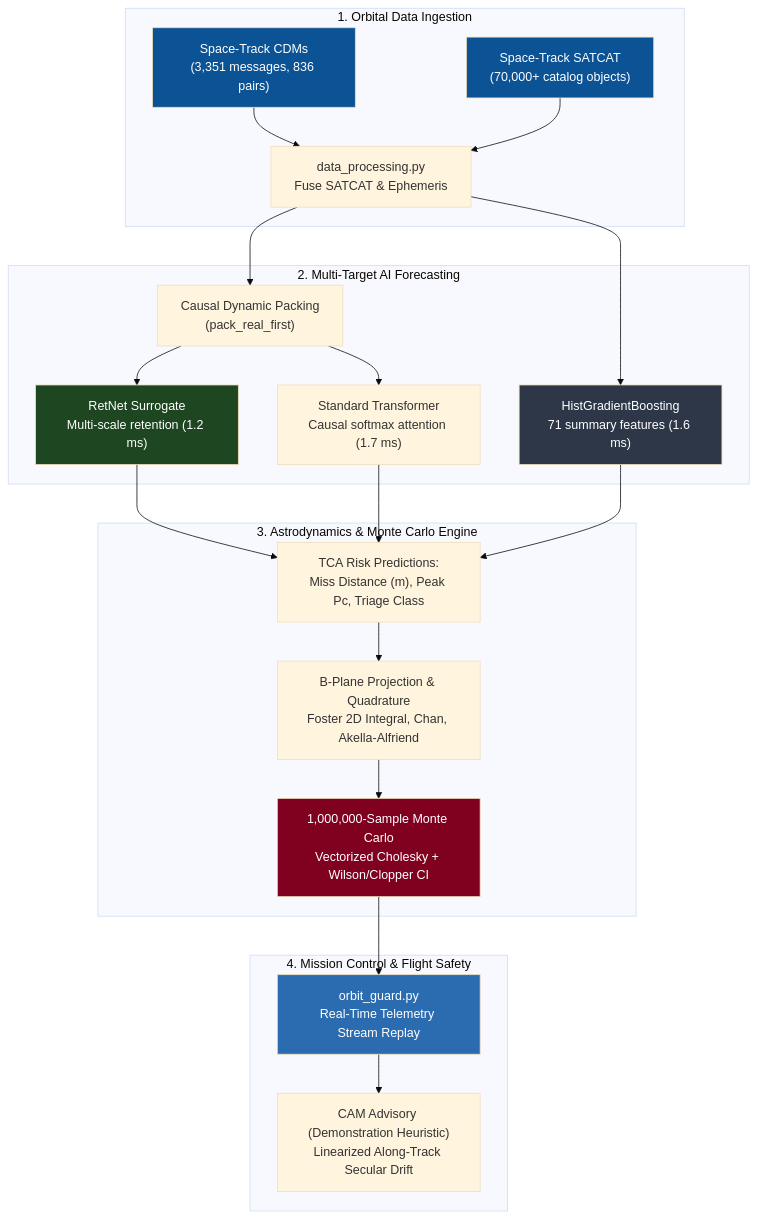
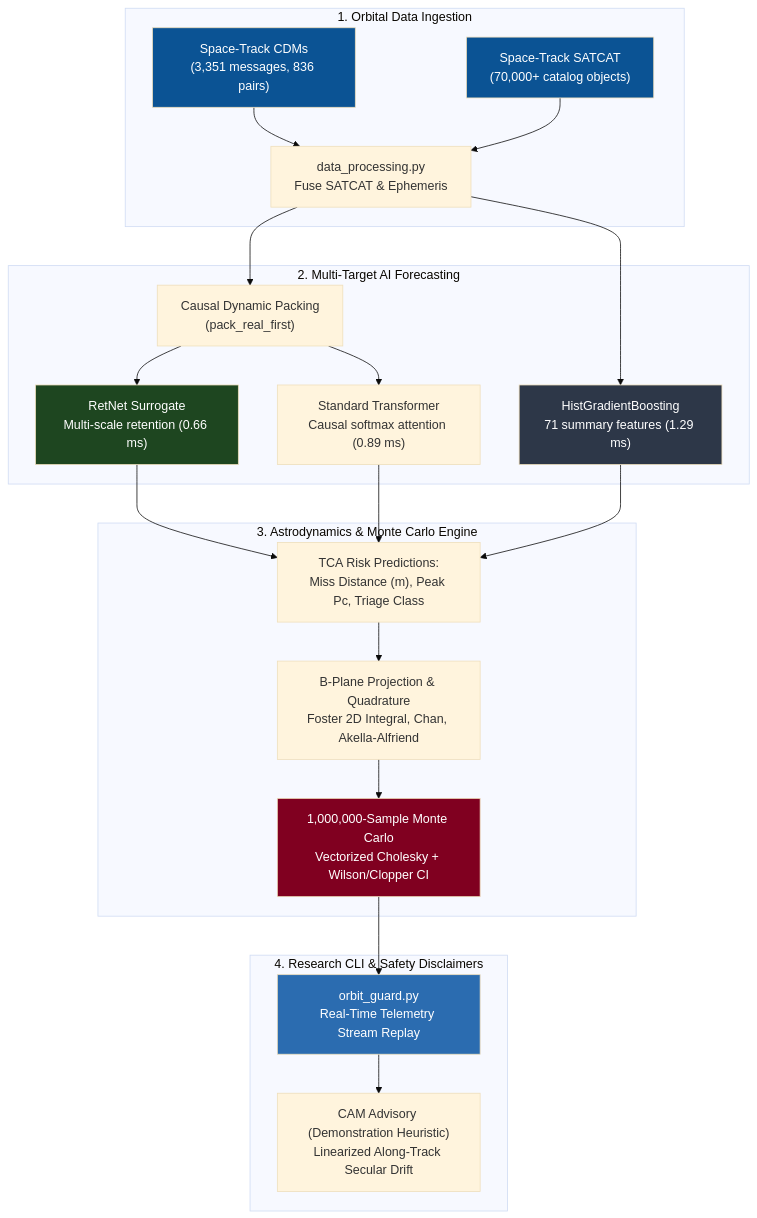
Before and after one commit to sai-ganesh-4539/satellite-conjunction-analysis-with-collision-prediction: the diagram in README.md, drawn with Mermaid (base theme). The commit also changed other lines of this file and 26 other files, not shown here.

````diff
--- a/README.md
+++ b/README.md
@@ -38,32 +38,32 @@
 ```mermaid
 flowchart TD
     subgraph Data ["1. Orbital Data Ingestion"]
         CDM["Space-Track CDMs<br>(3,351 messages, 836 pairs)"] --> MERGE["data_processing.py<br>Fuse SATCAT & Ephemeris"]
         SAT["Space-Track SATCAT<br>(70,000+ catalog objects)"] --> MERGE
     end
 
     subgraph Models ["2. Multi-Target AI Forecasting"]
         MERGE --> PACK["Causal Dynamic Packing<br>(pack_real_first)"]
-        PACK --> RET["RetNet Surrogate<br>Multi-scale retention (1.2 ms)"]
-        PACK --> TRANS["Standard Transformer<br>Causal softmax attention (1.7 ms)"]
-        MERGE --> HGB["HistGradientBoosting<br>71 summary features (1.6 ms)"]
+        PACK --> RET["RetNet Surrogate<br>Multi-scale retention (0.66 ms)"]
+        PACK --> TRANS["Standard Transformer<br>Causal softmax attention (0.89 ms)"]
+        MERGE --> HGB["HistGradientBoosting<br>71 summary features (1.29 ms)"]
     end
 
     subgraph Engine ["3. Astrodynamics & Monte Carlo Engine"]
         RET & TRANS & HGB --> FORECAST["TCA Risk Predictions:<br>Miss Distance (m), Peak Pc, Triage Class"]
         FORECAST --> BPLANE["B-Plane Projection & Quadrature<br>Foster 2D Integral, Chan, Akella-Alfriend"]
         BPLANE --> MC["1,000,000-Sample Monte Carlo<br>Vectorized Cholesky + Wilson/Clopper CI"]
     end
 
-    subgraph Ops ["4. Mission Control & Flight Safety"]
+    subgraph Ops ["4. Research CLI & Safety Disclaimers"]
         MC --> CLI["orbit_guard.py<br>Real-Time Telemetry Stream Replay"]
         CLI --> CAM["CAM Advisory (Demonstration Heuristic)<br>Linearized Along-Track Secular Drift"]
     end
 
     style CDM fill:#0b5394,color:#fff
     style SAT fill:#0b5394,color:#fff
     style RET fill:#1e4620,color:#fff
     style HGB fill:#2d3748,color:#fff
     style MC fill:#800020,color:#fff
     style CLI fill:#2b6cb0,color:#fff
 ```
````
